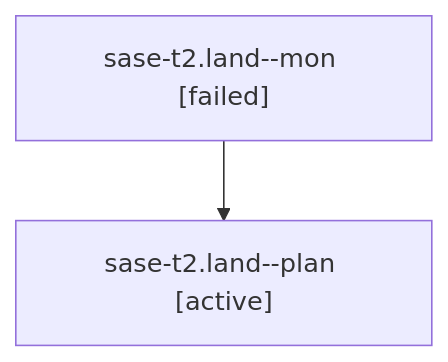
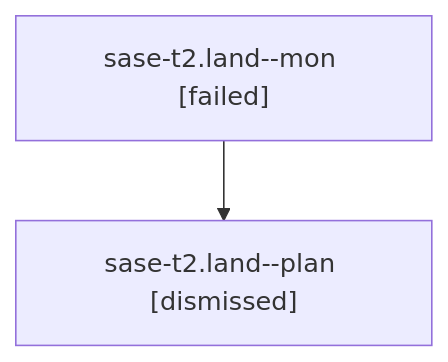
Before and after one commit to sase-org/sase--agents: the diagram in sessions/bbugyi200.athena.sase-t2.land.md, drawn with Mermaid. The commit also changed other lines of this file and 189 other files, not shown here.

````diff
--- a/sessions/bbugyi200.athena.sase-t2.land.md
+++ b/sessions/bbugyi200.athena.sase-t2.land.md
@@ -9,6 +9,6 @@
 ```mermaid
 flowchart TD
   n0["sase-t2.land--mon [failed]"]
-  n1["sase-t2.land--plan [active]"]
+  n1["sase-t2.land--plan [dismissed]"]
   n0 --> n1
 ```
````
